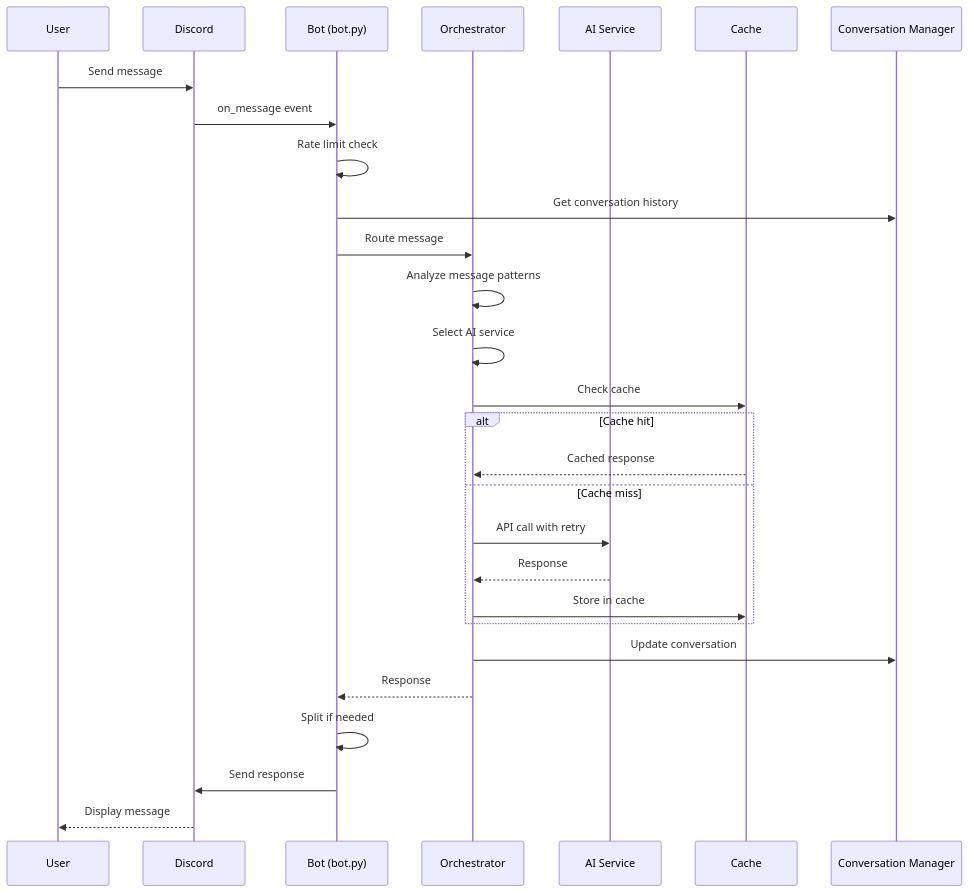
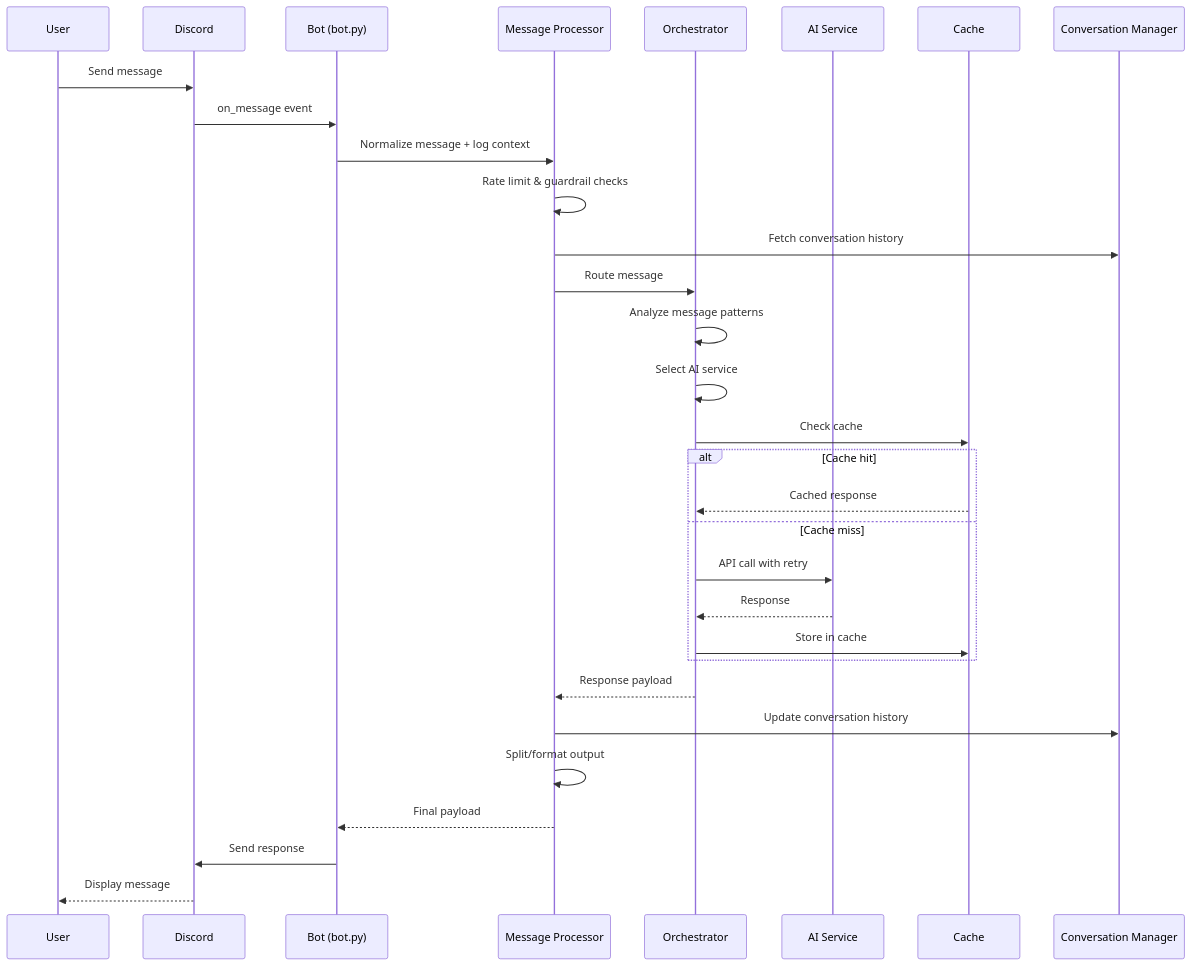
Before and after one commit to johndotpub/DiscordianAI: the diagram in docs/Architecture.md, drawn with Mermaid. The commit also changed other lines of this file and 21 other files, not shown here.

````diff
--- a/docs/Architecture.md
+++ b/docs/Architecture.md
@@ -97,31 +113,34 @@
 ```mermaid
 sequenceDiagram
     participant U as User
     participant D as Discord
     participant B as Bot (bot.py)
+    participant MP as Message Processor
     participant O as Orchestrator
     participant AI as AI Service
     participant C as Cache
     participant CM as Conversation Manager
 
     U->>D: Send message
     D->>B: on_message event
-    B->>B: Rate limit check
-    B->>CM: Get conversation history
-    B->>O: Route message
+    B->>MP: Normalize message + log context
+    MP->>MP: Rate limit & guardrail checks
+    MP->>CM: Fetch conversation history
+    MP->>O: Route message
     O->>O: Analyze message patterns
     O->>O: Select AI service
     O->>C: Check cache
     alt Cache hit
         C-->>O: Cached response
     else Cache miss
         O->>AI: API call with retry
         AI-->>O: Response
         O->>C: Store in cache
     end
-    O->>CM: Update conversation
-    O-->>B: Response
-    B->>B: Split if needed
+    O-->>MP: Response payload
+    MP->>CM: Update conversation history
+    MP->>MP: Split/format output
+    MP-->>B: Final payload
     B->>D: Send response
     D-->>U: Display message
 ```
````
